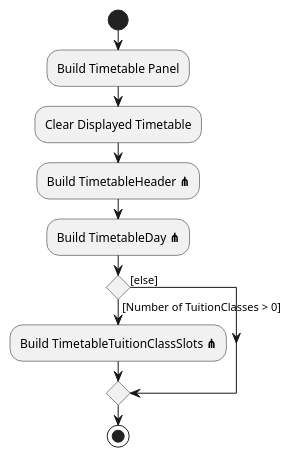
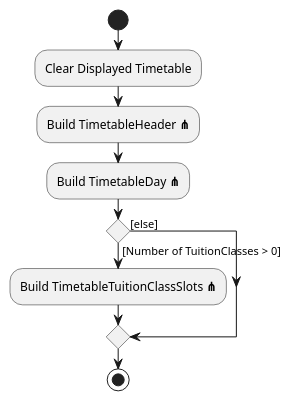
Before and after one commit to softmagnet/tp: the diagram in docs/diagrams/BuildTimetableOverallDiagram.puml, drawn with PlantUML. The commit also changed 7 other files, not shown here.

```diff
--- a/docs/diagrams/BuildTimetableOverallDiagram.puml
+++ b/docs/diagrams/BuildTimetableOverallDiagram.puml
@@ -1,19 +1,18 @@
 @startuml
 start
-:Build Timetable Panel;
 
 :Clear Displayed Timetable;
 
 :Build TimetableHeader **<U+22D4>**;
 
 :Build TimetableDay **<U+22D4>**;
 
 'Since the beta syntax does not support placing the condition outside the
 'diamond we place it as the true branch instead.
 
 if () then ([Number of TuitionClasses > 0])
     :Build TimetableTuitionClassSlots **<U+22D4>**;
 else ([else])
 endif
 stop
 @enduml
```
